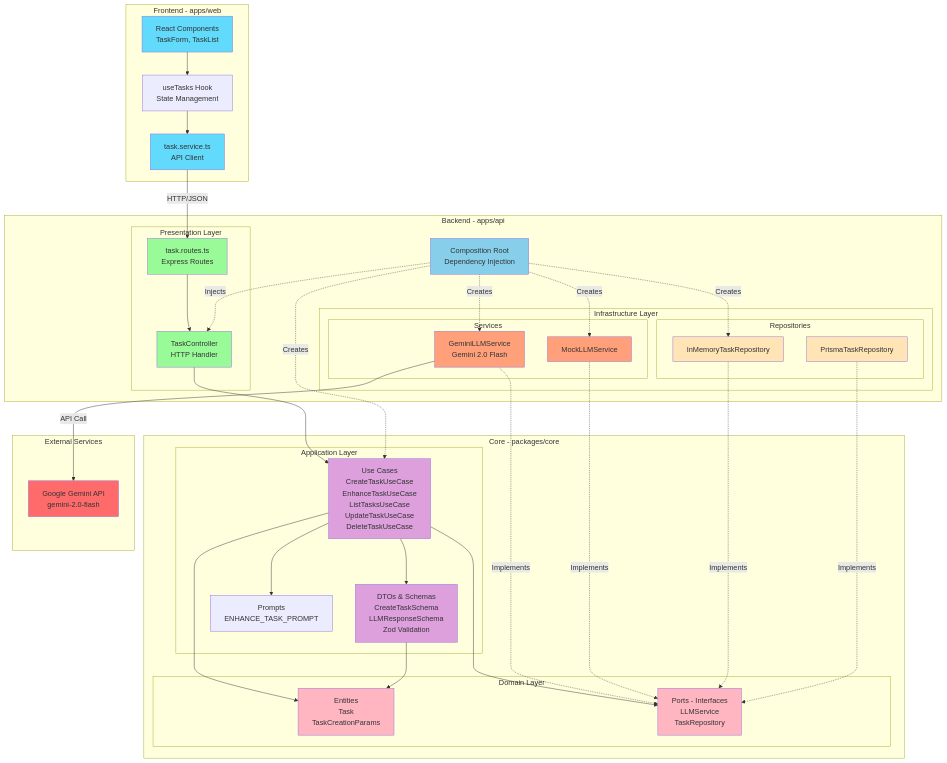
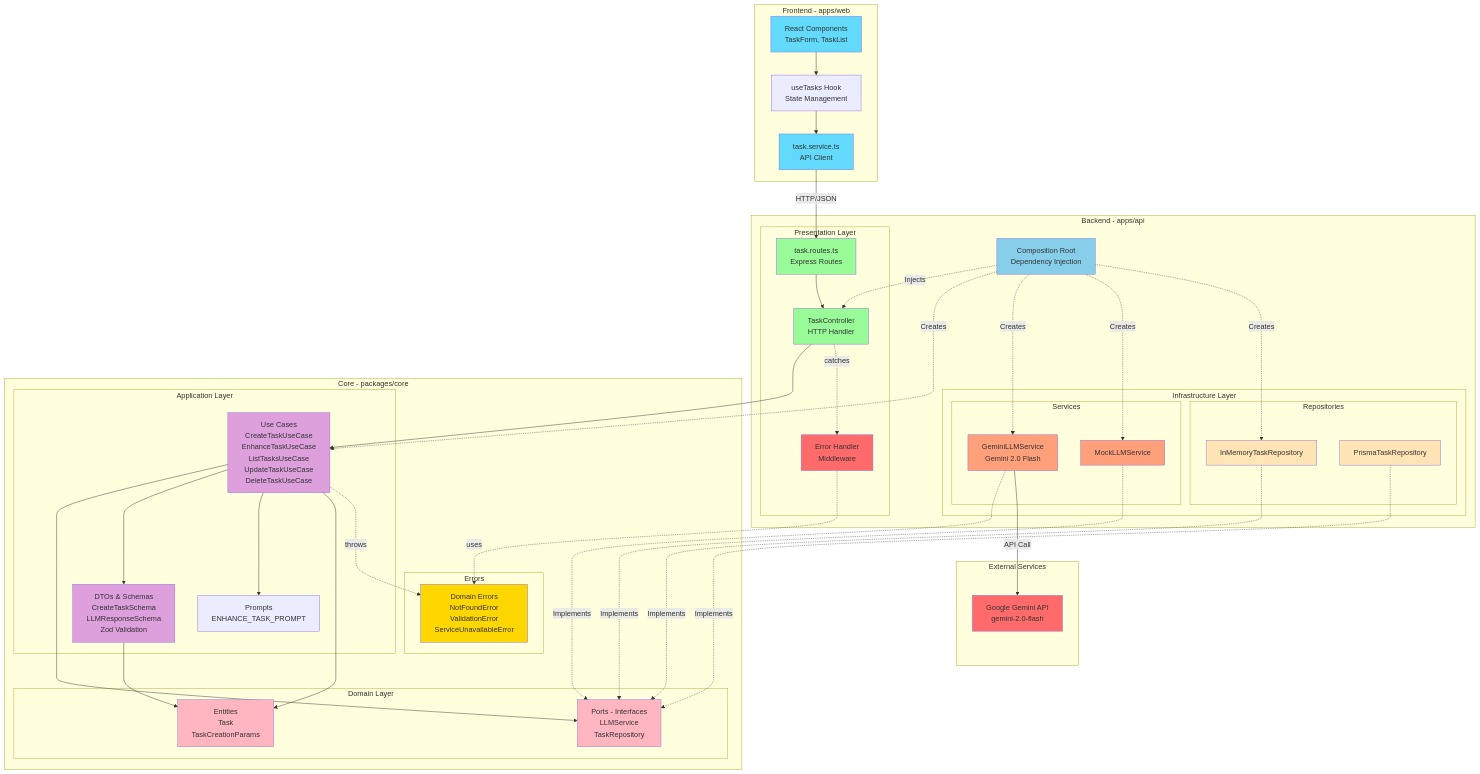
Before and after one commit to matanDev6556/clean-architecture-ai-todo: the diagram in README.md, drawn with Mermaid. The commit also changed other lines of this file and 11 other files, not shown here.

Commit message:
feat: implement centralized error handling with custom domain errors and a dedicated middleware.

````diff
--- a/README.md
+++ b/README.md
@@ -34,6 +34,7 @@
         subgraph "Presentation Layer"
             Routes[task.routes.ts<br/>Express Routes]
             Controller[TaskController<br/>HTTP Handler]
+            ErrorMiddleware[Error Handler<br/>Middleware]
         end
         
         CompositionRoot[Composition Root<br/>Dependency Injection]
@@ -63,11 +64,16 @@
             Ports[Ports - Interfaces<br/>LLMService<br/>TaskRepository]
         end
         
+        subgraph "Errors"
+            DomainErrors[Domain Errors<br/>NotFoundError<br/>ValidationError<br/>ServiceUnavailableError]
+        end
+        
         UseCases --> Ports
         UseCases --> DTOs
         UseCases --> Prompts
         UseCases --> Entities
         DTOs --> Entities
+        UseCases -.throws.-> DomainErrors
     end
 
     subgraph "External Services"
@@ -77,6 +83,7 @@
     WebService -->|HTTP/JSON| Routes
     Routes --> Controller
     Controller --> UseCases
+    Controller -.catches.-> ErrorMiddleware
     
     CompositionRoot -.->|Injects| Controller
     CompositionRoot -.->|Creates| UseCases
@@ -91,10 +98,13 @@
     
     GeminiService -->|API Call| Gemini
     
+    ErrorMiddleware -.uses.-> DomainErrors
+    
     style UI fill:#61dafb
     style WebService fill:#61dafb
     style Routes fill:#98FB98
     style Controller fill:#98FB98
+    style ErrorMiddleware fill:#FF6B6B
     style GeminiService fill:#FFA07A
     style MockService fill:#FFA07A
     style InMemoryRepo fill:#FFE4B5
@@ -103,6 +113,7 @@
     style DTOs fill:#DDA0DD
     style Entities fill:#FFB6C1
     style Ports fill:#FFB6C1
+    style DomainErrors fill:#FFD700
     style Gemini fill:#FF6B6B
     style CompositionRoot fill:#87CEEB
 ```
````
